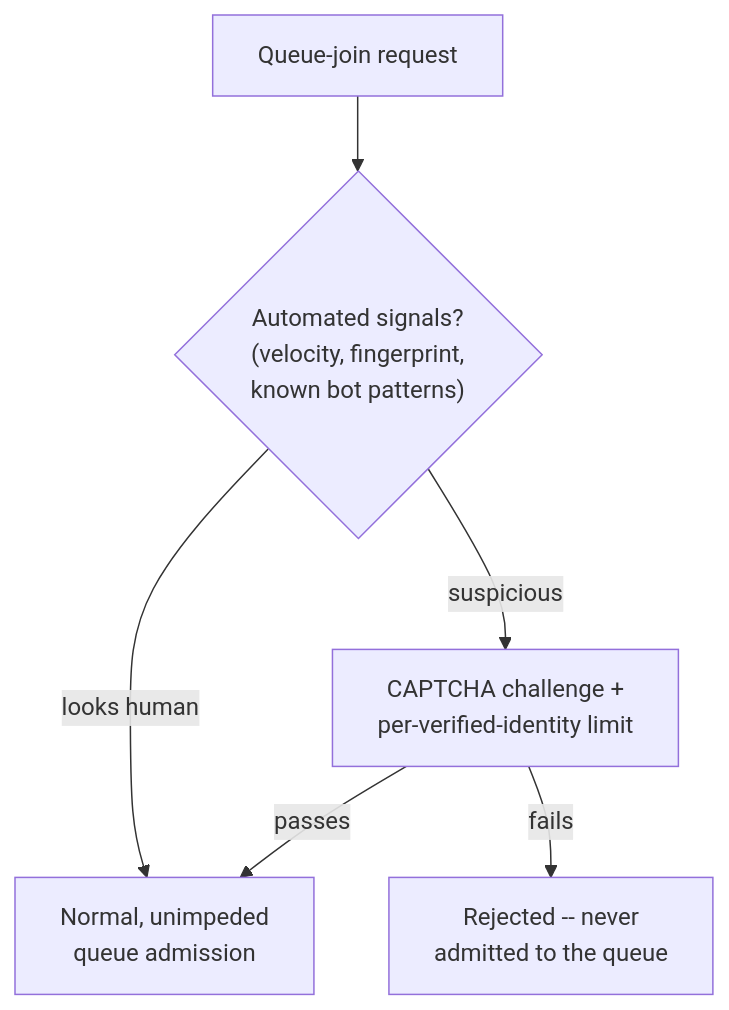
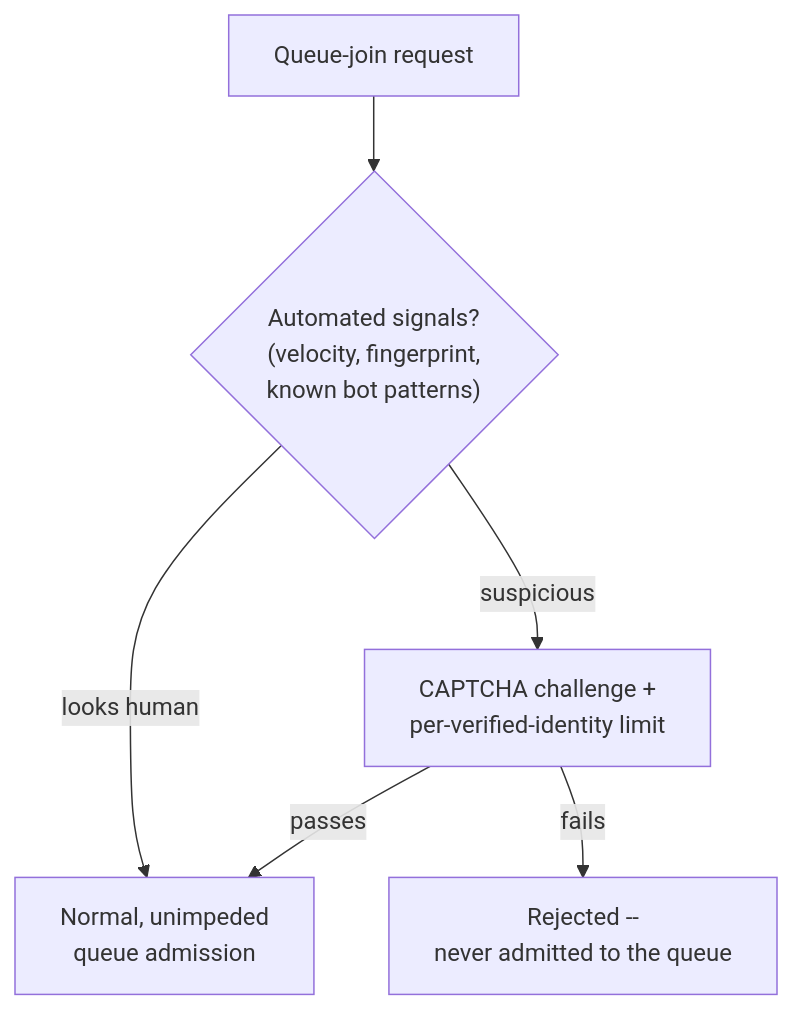
One commit to riyaz-pasha/Learnings changed the ninth of 13 diagrams in system-design/HLD/0-course/60-Design-a-Flash-Sale-System-FAANG-Guide-story.md. Above: the diagram before and after it, drawn with Mermaid. The commit also changed other lines of this file and 2 other files, not shown here.

Commit message:
[REWRITE] Flash Sale System story guide: simplify prose, add structure, fix diagrams

````diff
--- a/system-design/HLD/0-course/60-Design-a-Flash-Sale-System-FAANG-Guide-story.md
+++ b/system-design/HLD/0-course/60-Design-a-Flash-Sale-System-FAANG-Guide-story.md
@@ -227,8 +553,8 @@
 ```mermaid
 flowchart TD
-    A["Queue-join request"] --> B{"Automated signals?\n(velocity, fingerprint,\nknown bot patterns)"}
-    B -->|"suspicious"| C["CAPTCHA challenge +\nper-verified-identity limit"]
-    B -->|"looks human"| D["Normal, unimpeded\nqueue admission"]
+    A["Queue-join request"] --> B{"Automated signals?<br/>(velocity, fingerprint,<br/>known bot patterns)"}
+    B -->|"suspicious"| C["CAPTCHA challenge +<br/>per-verified-identity limit"]
+    B -->|"looks human"| D["Normal, unimpeded<br/>queue admission"]
     C -->|"passes"| D
-    C -->|"fails"| E["Rejected -- never\nadmitted to the queue"]
+    C -->|"fails"| E["Rejected --<br/>never admitted to the queue"]
 ```
````
